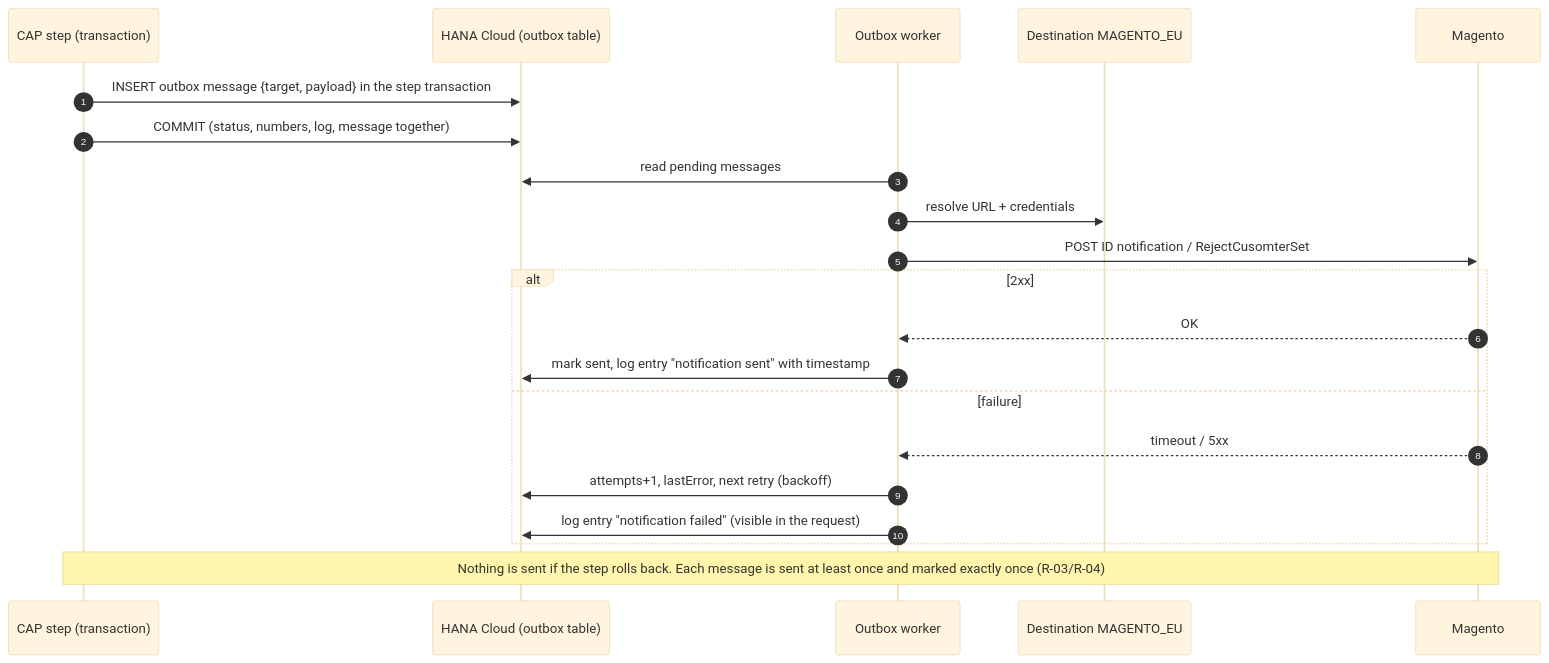
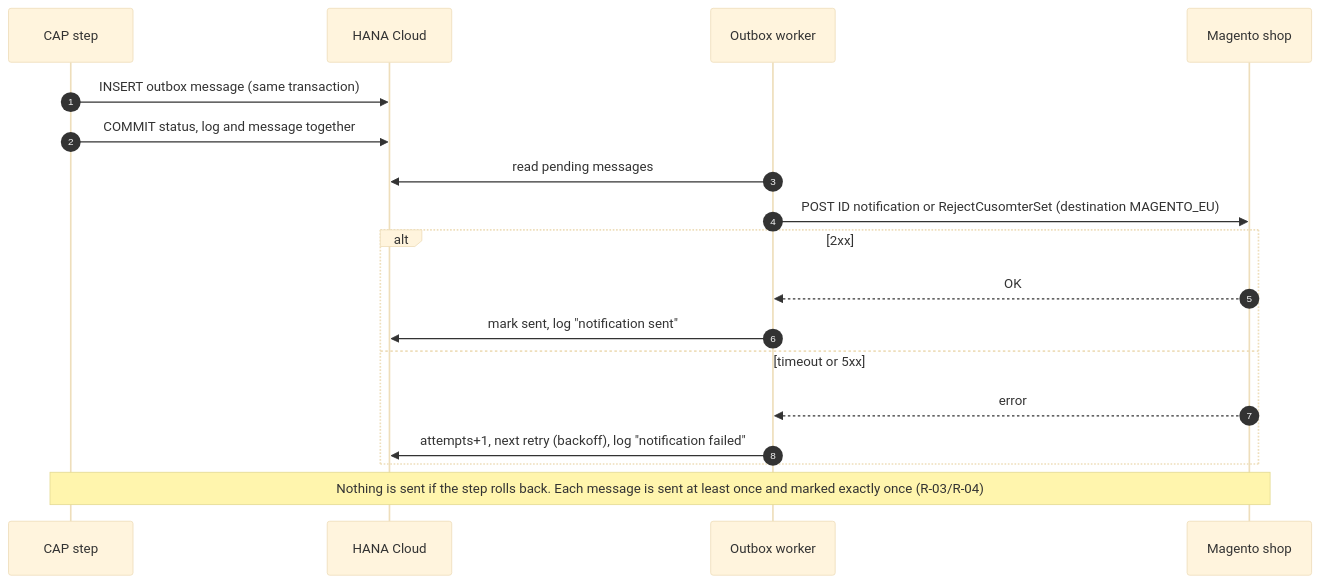
The tenth of 16 diagrams in docs/12_solution_design.md (igorvorobevde/btp-cust-monitor), drawn with Mermaid (base theme) before and after one commit. The commit also changed other lines of this file and 2 other files, not shown here.

First line of the commit message:
docs: Word version of the solution design (docs/12) with landscape pages for wide diagrams

````diff
--- a/docs/12_solution_design.md
+++ b/docs/12_solution_design.md
@@ -535,23 +528,20 @@
 ```mermaid
 sequenceDiagram
   autonumber
-  participant S as CAP step (transaction)
-  participant H as HANA Cloud (outbox table)
+  participant S as CAP step
+  participant H as HANA Cloud
   participant Q as Outbox worker
-  participant D as Destination MAGENTO_EU
-  participant M as Magento
-  S->>H: INSERT outbox message {target, payload} in the step transaction
-  S->>H: COMMIT (status, numbers, log, message together)
+  participant M as Magento shop
+  S->>H: INSERT outbox message (same transaction)
+  S->>H: COMMIT status, log and message together
   Q->>H: read pending messages
-  Q->>D: resolve URL + credentials
-  Q->>M: POST ID notification / RejectCusomterSet
+  Q->>M: POST ID notification or RejectCusomterSet (destination MAGENTO_EU)
   alt 2xx
     M-->>Q: OK
-    Q->>H: mark sent, log entry "notification sent" with timestamp
-  else failure
-    M-->>Q: timeout / 5xx
-    Q->>H: attempts+1, lastError, next retry (backoff)
-    Q->>H: log entry "notification failed" (visible in the request)
+    Q->>H: mark sent, log "notification sent"
+  else timeout or 5xx
+    M-->>Q: error
+    Q->>H: attempts+1, next retry (backoff), log "notification failed"
   end
   Note over S,M: Nothing is sent if the step rolls back. Each message is sent at least once and marked exactly once (R-03/R-04)
 ```
````
